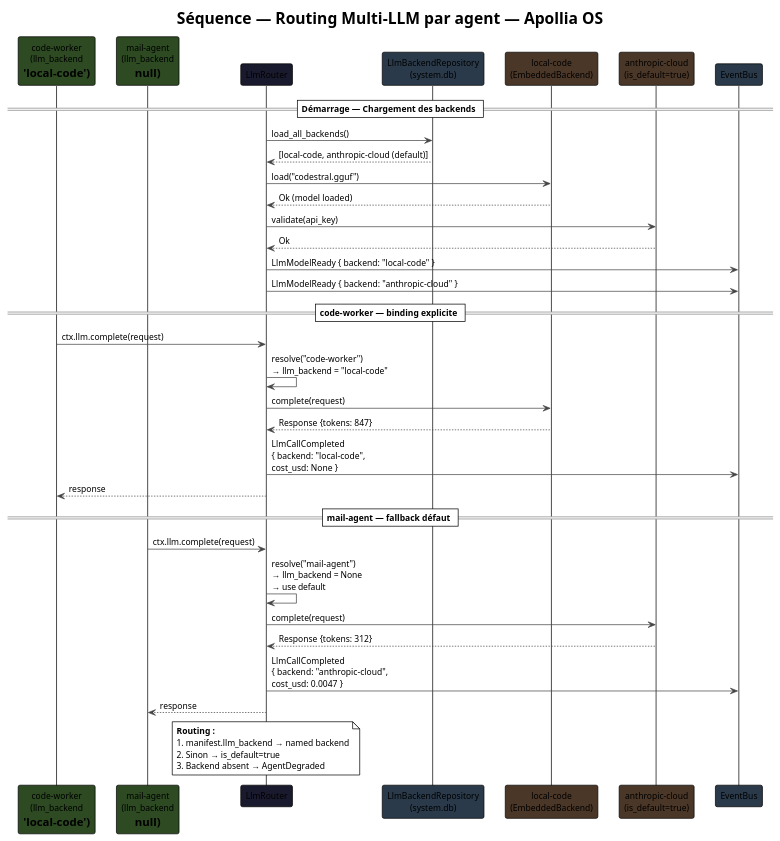
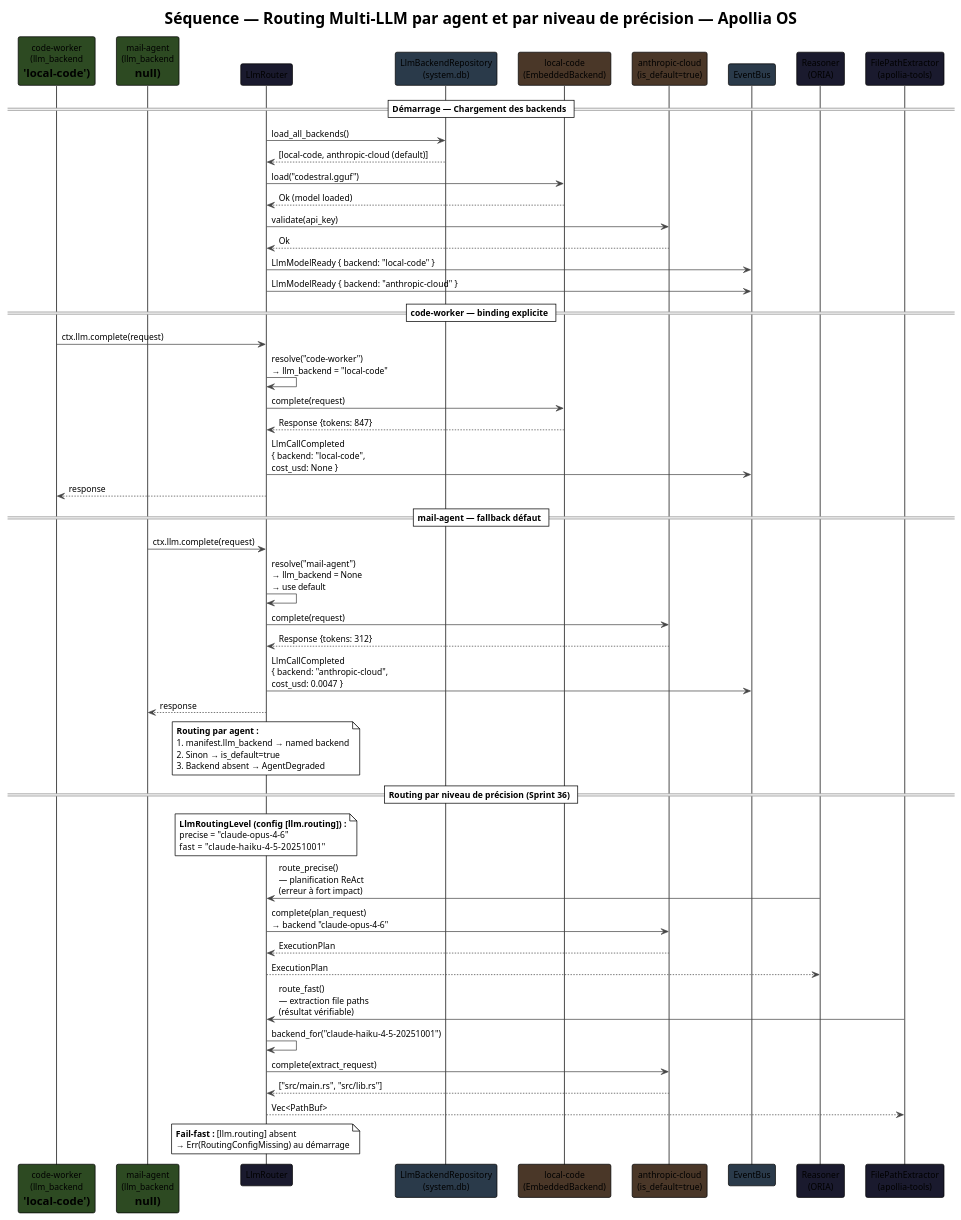
One commit to nidal-z/apollia-os changed the diagram in docs/diagrams/seq-multi-llm-routing.puml. Above: the diagram before and after it, drawn with PlantUML. The commit also changed 26 other files, not shown here.

```diff
--- a/docs/diagrams/seq-multi-llm-routing.puml
+++ b/docs/diagrams/seq-multi-llm-routing.puml
@@ -1,54 +1,81 @@
 @startuml seq-multi-llm-routing
 !theme plain
 skinparam backgroundColor #FFFFFF
 skinparam defaultFontName "JetBrains Mono"
 skinparam defaultFontSize 12
 skinparam ArrowColor #444444
 skinparam BorderColor #444444
-title Séquence — Routing Multi-LLM par agent — Apollia OS
+title Séquence — Routing Multi-LLM par agent et par niveau de précision — Apollia OS
 
 participant "code-worker\n(llm_backend\n= 'local-code')" as cw #2d4a22
 participant "mail-agent\n(llm_backend\n= null)" as ma #2d4a22
 participant "LlmRouter" as router #1a1a2e
 participant "LlmBackendRepository\n(system.db)" as repo #2a3a4a
 participant "local-code\n(EmbeddedBackend)" as local #4a3728
 participant "anthropic-cloud\n(is_default=true)" as cloud #4a3728
 participant "EventBus" as bus #2a3a4a
 
 == Démarrage — Chargement des backends ==
 
 router -> repo : load_all_backends()
 repo --> router : [local-code, anthropic-cloud (default)]
 router -> local : load("codestral.gguf")
 local --> router : Ok (model loaded)
 router -> cloud : validate(api_key)
 cloud --> router : Ok
 router -> bus : LlmModelReady { backend: "local-code" }
 router -> bus : LlmModelReady { backend: "anthropic-cloud" }
 
 == code-worker — binding explicite ==
 
 cw -> router : ctx.llm.complete(request)
 router -> router : resolve("code-worker")\n→ llm_backend = "local-code"
 router -> local : complete(request)
 local --> router : Response {tokens: 847}
 router -> bus : LlmCallCompleted\n{ backend: "local-code",\ncost_usd: None }
 router --> cw : response
 
 == mail-agent — fallback défaut ==
 
 ma -> router : ctx.llm.complete(request)
 router -> router : resolve("mail-agent")\n→ llm_backend = None\n→ use default
 router -> cloud : complete(request)
 cloud --> router : Response {tokens: 312}
 router -> bus : LlmCallCompleted\n{ backend: "anthropic-cloud",\ncost_usd: 0.0047 }
 router --> ma : response
 
 note over router
-  **Routing :**
+  **Routing par agent :**
   1. manifest.llm_backend → named backend
   2. Sinon → is_default=true
   3. Backend absent → AgentDegraded
 end note
 
+== Routing par niveau de précision (Sprint 36) ==
+
+participant "Reasoner\n(ORIA)" as reasoner #1a1a2e
+participant "FilePathExtractor\n(apollia-tools)" as fpe #1a1a2e
+
+note over router
+  **LlmRoutingLevel (config [llm.routing]) :**
+  precise = "claude-opus-4-6"
+  fast    = "claude-haiku-4-5-20251001"
+end note
+
+reasoner -> router : route_precise()\n— planification ReAct\n(erreur à fort impact)
+router -> cloud : complete(plan_request)\n→ backend "claude-opus-4-6"
+cloud --> router : ExecutionPlan
+router --> reasoner : ExecutionPlan
+
+fpe -> router : route_fast()\n— extraction file paths\n(résultat vérifiable)
+router -> router : backend_for("claude-haiku-4-5-20251001")
+router -> cloud : complete(extract_request)
+cloud --> router : ["src/main.rs", "src/lib.rs"]
+router --> fpe : Vec<PathBuf>
+
+note over router
+  **Fail-fast :** [llm.routing] absent
+  → Err(RoutingConfigMissing) au démarrage
+end note
+
 @enduml
```
